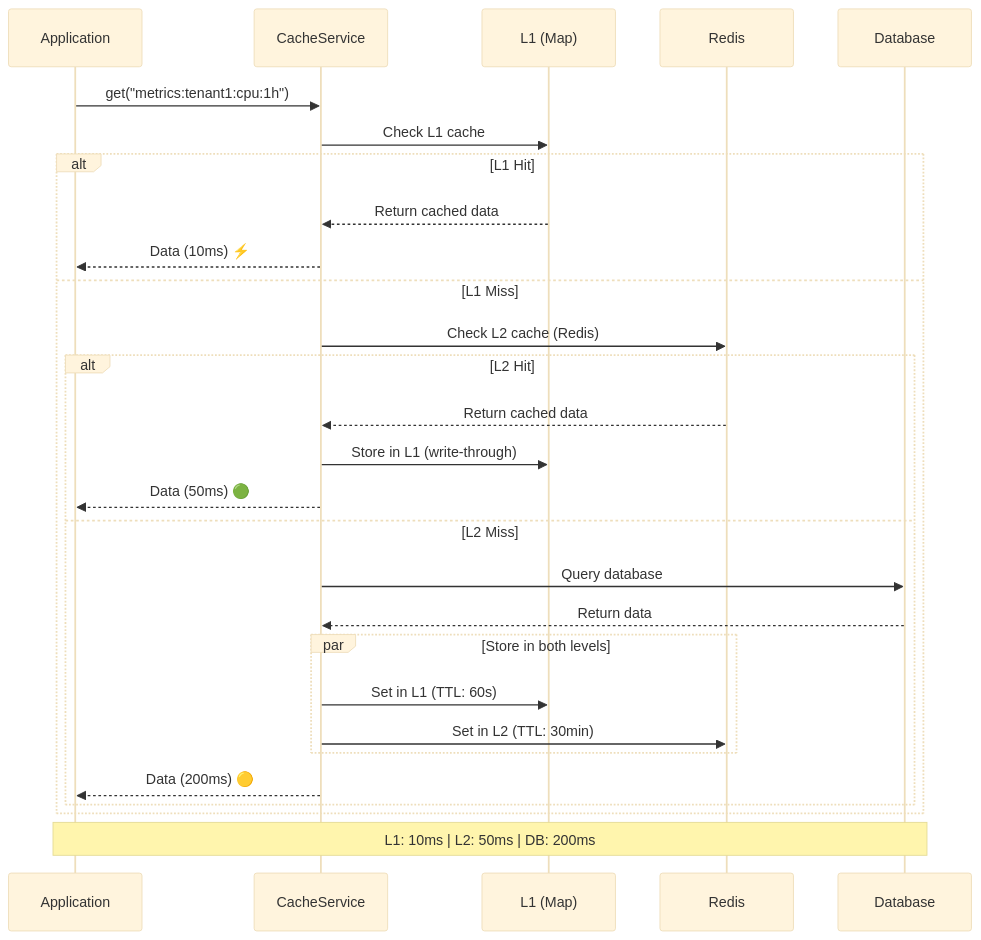
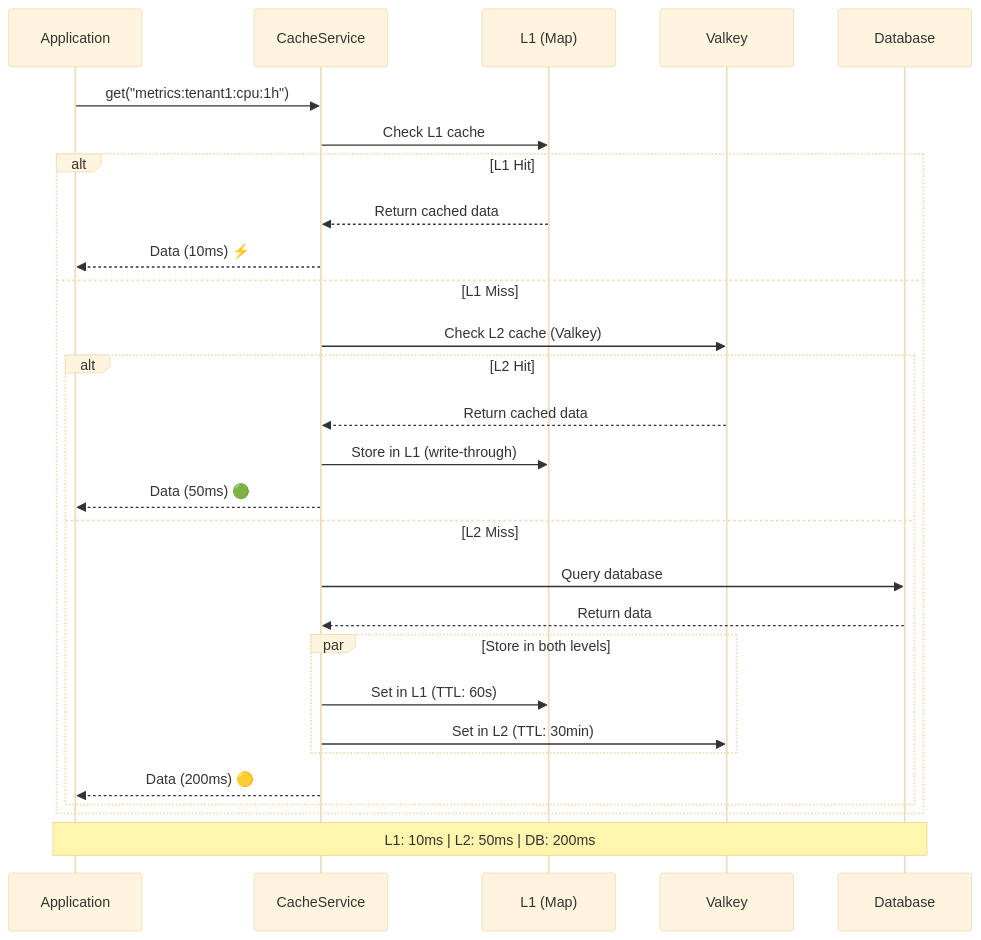
Before and after one commit to telemetryflow/telemetryflow-overview: the fourth of 8 diagrams in backend/shared/cache.md, drawn with Mermaid (base theme). The commit also changed other lines of this file and 23 other files, not shown here.

First line of the commit message:
docs: relabel Redis->Valkey in architecture/diagrams/prose (follow-up sweep)

````diff
--- a/backend/shared/cache.md
+++ b/backend/shared/cache.md
@@ -132,36 +132,36 @@
 ```mermaid
 sequenceDiagram
     participant App as Application
     participant Svc as CacheService
     participant L1 as L1 (Map)
-    participant L2 as Redis
+    participant L2 as Valkey
     participant DB as Database
 
     App->>Svc: get("metrics:tenant1:cpu:1h")
 
     Svc->>L1: Check L1 cache
     alt L1 Hit
         L1-->>Svc: Return cached data
         Svc-->>App: Data (10ms) ⚡
     else L1 Miss
-        Svc->>L2: Check L2 cache (Redis)
+        Svc->>L2: Check L2 cache (Valkey)
 
         alt L2 Hit
             L2-->>Svc: Return cached data
             Svc->>L1: Store in L1 (write-through)
             Svc-->>App: Data (50ms) 🟢
         else L2 Miss
             Svc->>DB: Query database
             DB-->>Svc: Return data
 
             par Store in both levels
                 Svc->>L1: Set in L1 (TTL: 60s)
                 Svc->>L2: Set in L2 (TTL: 30min)
             end
 
             Svc-->>App: Data (200ms) 🟡
         end
     end
 
     Note over App,DB: L1: 10ms | L2: 50ms | DB: 200ms
 ```
````
